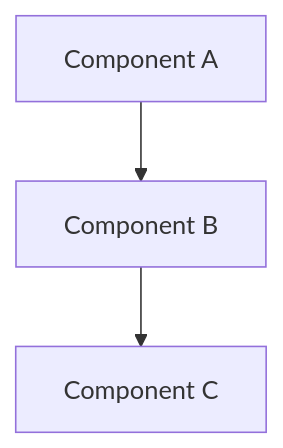
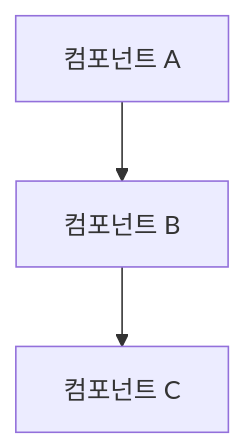
The diagram in resources/templates/document-template.md (devfloor9/engineering-playbook), drawn with Mermaid before and after one commit. The commit also changed other lines of this file and 17 other files, not shown here.

````diff
--- a/resources/templates/document-template.md
+++ b/resources/templates/document-template.md
@@ -27,5 +41,5 @@
 ```mermaid
-graph TB
-    A[Component A] --> B[Component B]
-    B --> C[Component C]
+graph TD
+    A[컴포넌트 A] --> B[컴포넌트 B]
+    B --> C[컴포넌트 C]
 ```
````
